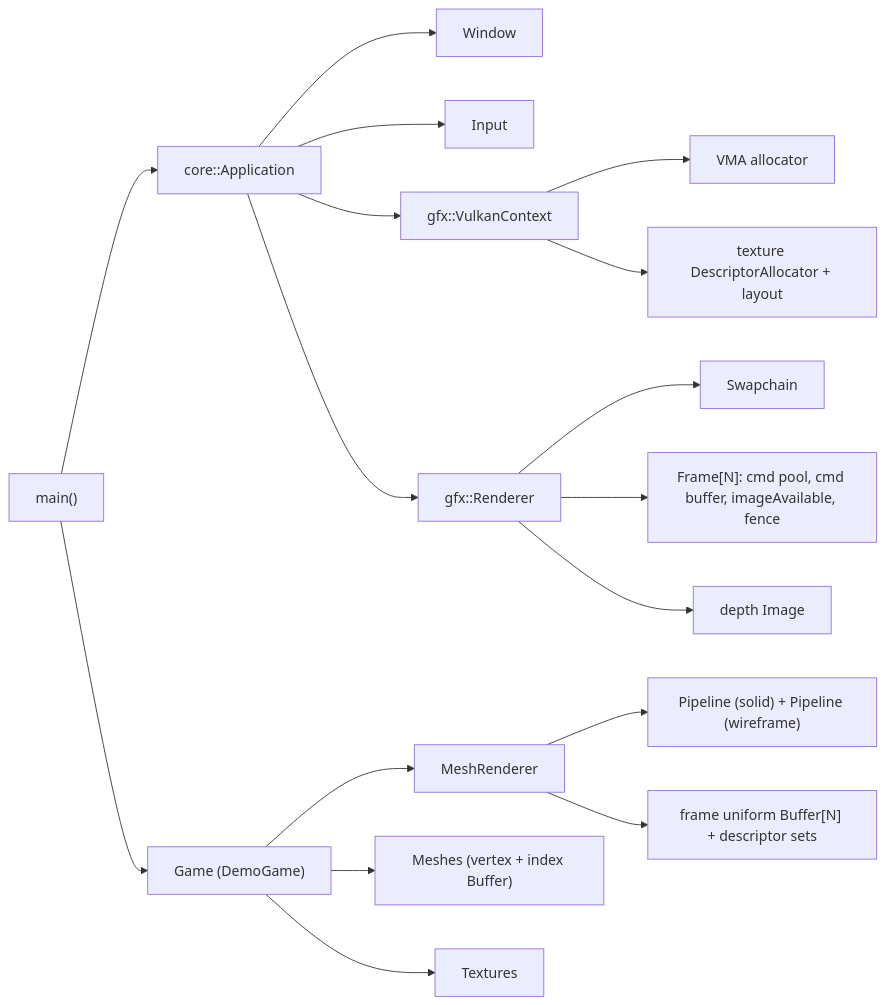
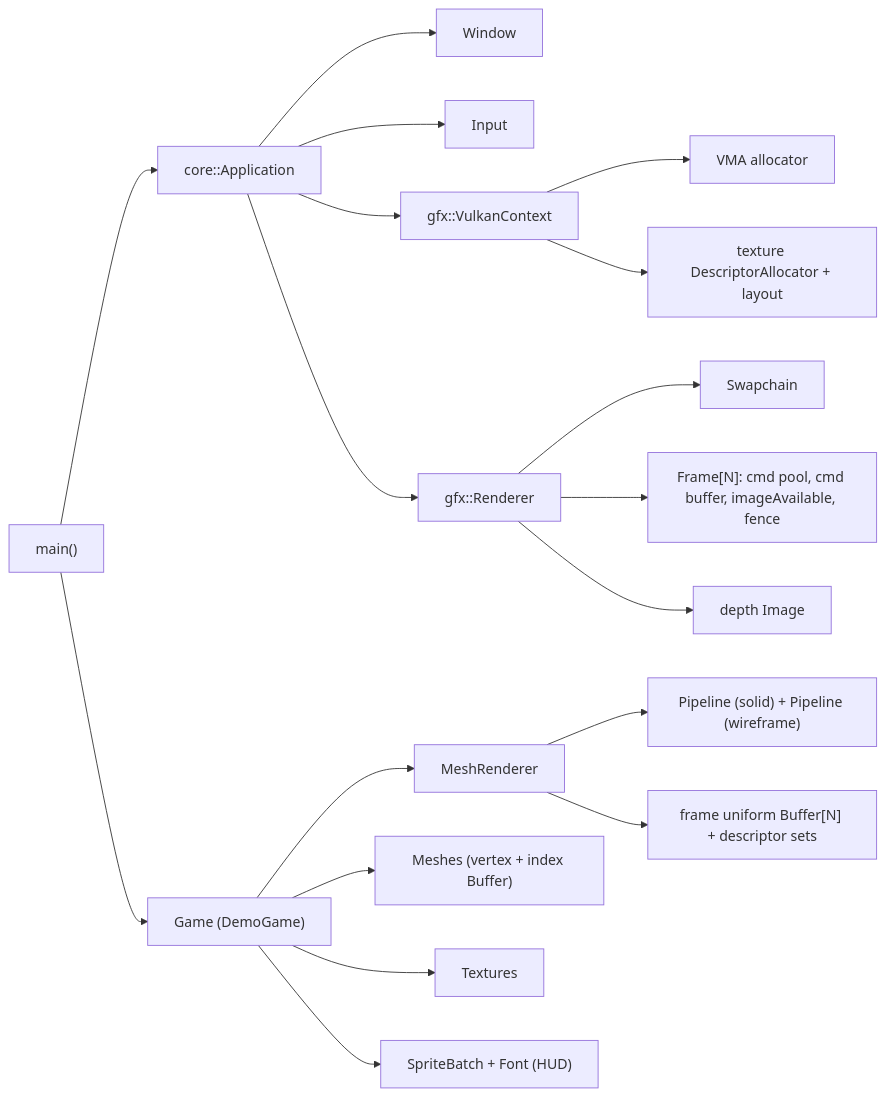
The second of 8 diagrams in docs/ARCHITECTURE.md (Chuck5ta/3DBaseFramework), drawn with Mermaid before and after one commit. The commit also changed other lines of this file and 18 other files, not shown here.

````diff
--- a/docs/ARCHITECTURE.md
+++ b/docs/ARCHITECTURE.md
@@ -233,19 +259,20 @@
 ```mermaid
 flowchart LR
     main["main()"] --> app["core::Application"]
     main --> g["Game (DemoGame)"]
     app --> win["Window"]
     app --> inp["Input"]
     app --> ctx["gfx::VulkanContext"]
     app --> ren["gfx::Renderer"]
     ren --> sc["Swapchain"]
     ren --> fr["Frame[N]: cmd pool, cmd buffer, imageAvailable, fence"]
     ctx --> vma["VMA allocator"]
     ctx --> tds["texture DescriptorAllocator + layout"]
     ren --> depth["depth Image"]
     g --> mr["MeshRenderer"]
     g --> meshes["Meshes (vertex + index Buffer)"]
     g --> tex["Textures"]
+    g --> hud["SpriteBatch + Font (HUD)"]
     mr --> pipe["Pipeline (solid) + Pipeline (wireframe)"]
     mr --> ubo["frame uniform Buffer[N] + descriptor sets"]
 ```
````
